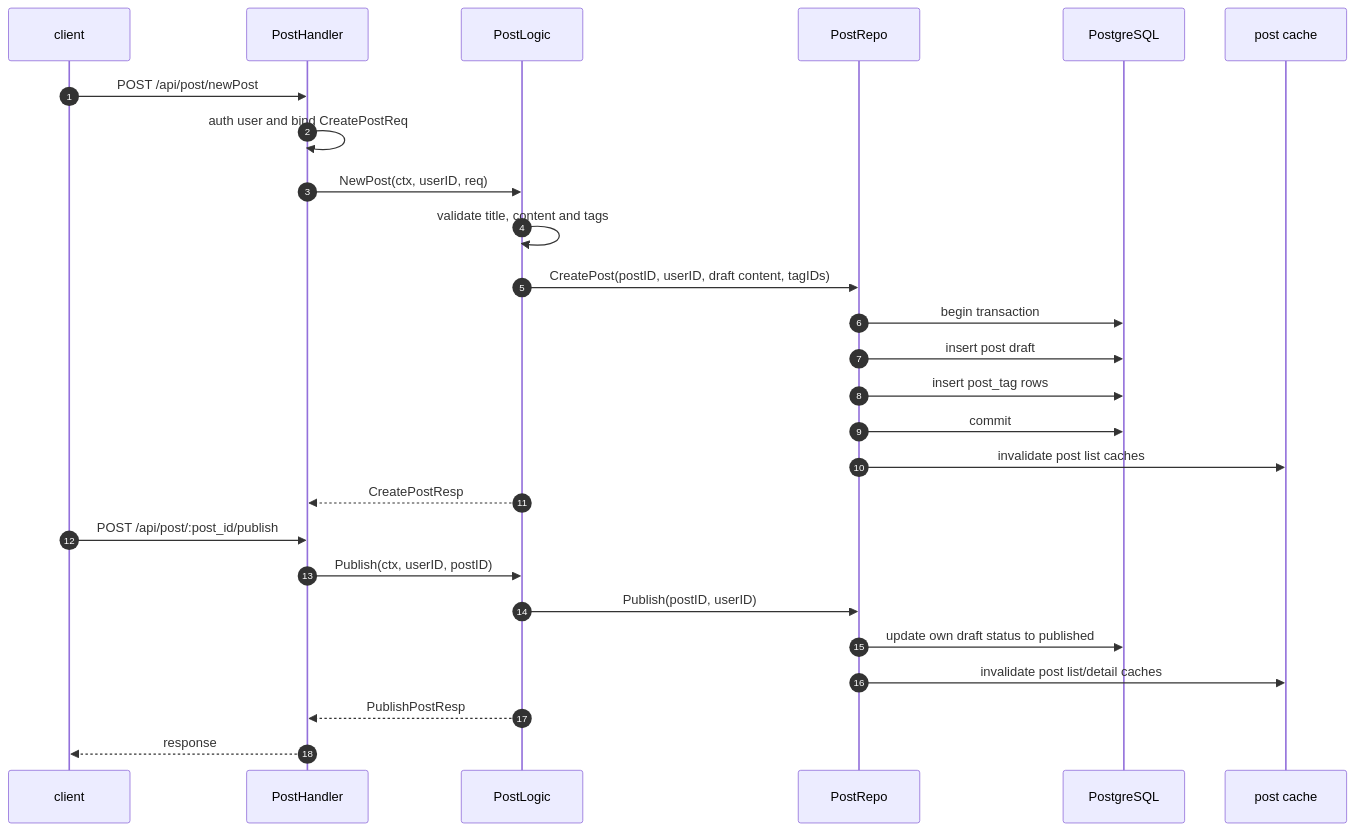
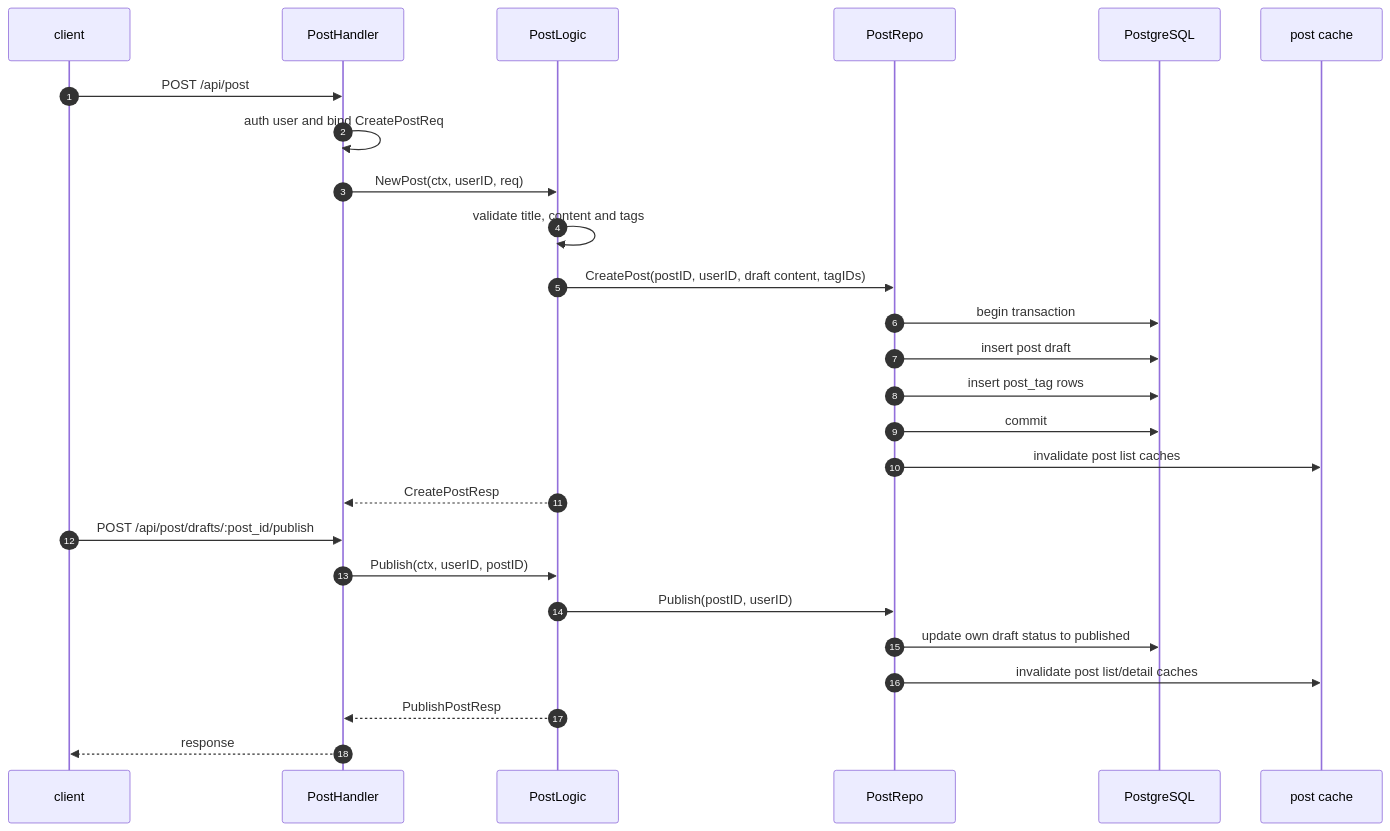
One commit to Goblin-Master/nurture changed the second of 4 diagrams in internal/post/doc/README.md. Above: the diagram before and after it, drawn with Mermaid. The commit also changed 8 other files, not shown here.

````diff
--- a/internal/post/doc/README.md
+++ b/internal/post/doc/README.md
@@ -30,30 +30,30 @@
 ```mermaid
 sequenceDiagram
   autonumber
   participant Client as client
   participant Handler as PostHandler
   participant Logic as PostLogic
   participant Repo as PostRepo
   participant DB as PostgreSQL
   participant Cache as post cache
 
-  Client->>Handler: POST /api/post/newPost
+  Client->>Handler: POST /api/post
   Handler->>Handler: auth user and bind CreatePostReq
   Handler->>Logic: NewPost(ctx, userID, req)
   Logic->>Logic: validate title, content and tags
   Logic->>Repo: CreatePost(postID, userID, draft content, tagIDs)
   Repo->>DB: begin transaction
   Repo->>DB: insert post draft
   Repo->>DB: insert post_tag rows
   Repo->>DB: commit
   Repo->>Cache: invalidate post list caches
   Logic-->>Handler: CreatePostResp
 
-  Client->>Handler: POST /api/post/:post_id/publish
+  Client->>Handler: POST /api/post/drafts/:post_id/publish
   Handler->>Logic: Publish(ctx, userID, postID)
   Logic->>Repo: Publish(postID, userID)
   Repo->>DB: update own draft status to published
   Repo->>Cache: invalidate post list/detail caches
   Logic-->>Handler: PublishPostResp
   Handler-->>Client: response
 ```
````
